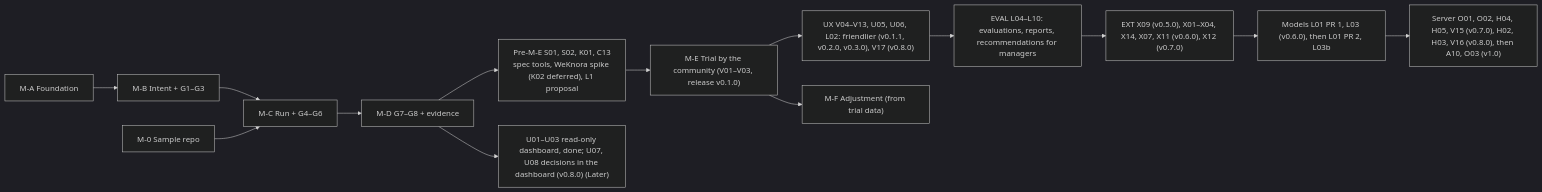
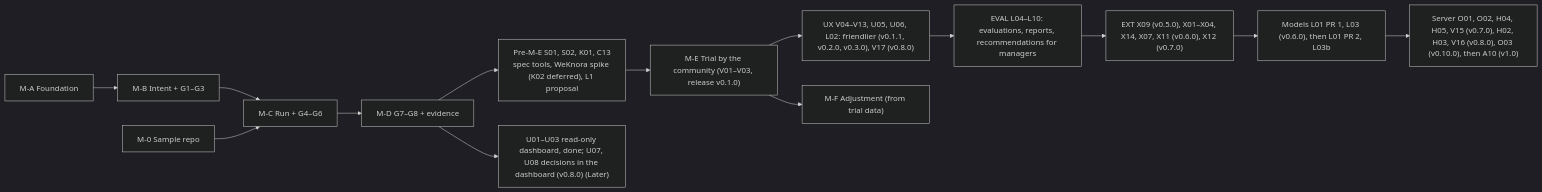
Before and after one commit to hoanghainh1188/agentic-sdlc-framework: the diagram in design/D-08-mvp-backlog.md, drawn with Mermaid (dark theme). The commit also changed other lines of this file and 9 other files, not shown here.

````diff
--- a/design/D-08-mvp-backlog.md
+++ b/design/D-08-mvp-backlog.md
@@ -58,16 +58,16 @@
 ```mermaid
 flowchart LR
     MA["M-A Foundation"] --> MB["M-B Intent + G1–G3"]
     MB --> MC["M-C Run + G4–G6"]
     M0["M-0 Sample repo"] --> MC
     MC --> MD["M-D G7–G8 + evidence"]
     MD --> MP["Pre-M-E S01, S02, K01, C13<br/>spec tools, WeKnora spike (K02 deferred), L1 proposal"]
     MP --> ME["M-E Trial by the community (V01–V03, release v0.1.0)"]
     ME --> UX["UX V04–V13, U05, U06, L02: friendlier (v0.1.1, v0.2.0, v0.3.0), V17 (v0.8.0)"]
     UX --> EV["EVAL L04–L10: evaluations, reports, recommendations for managers"]
     EV --> EXT["EXT X09 (v0.5.0), X01–X04, X14, X07, X11 (v0.6.0), X12 (v0.7.0)"]
     EXT --> MO["Models L01 PR 1, L03 (v0.6.0), then L01 PR 2, L03b"]
-    MO --> SV["Server O01, O02, H04, H05, V15 (v0.7.0), H02, H03, V16 (v0.8.0), then A10, O03 (v1.0)"]
+    MO --> SV["Server O01, O02, H04, H05, V15 (v0.7.0), H02, H03, V16 (v0.8.0), O03 (v0.10.0), then A10 (v1.0)"]
     ME --> MF["M-F Adjustment (from trial data)"]
     MD --> MU["U01–U03 read-only dashboard, done; U07, U08 decisions in the dashboard (v0.8.0) (Later)"]
 ```
````
